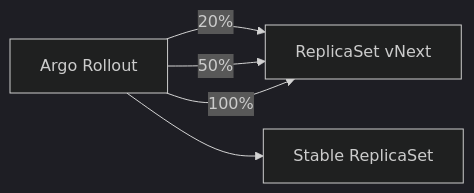
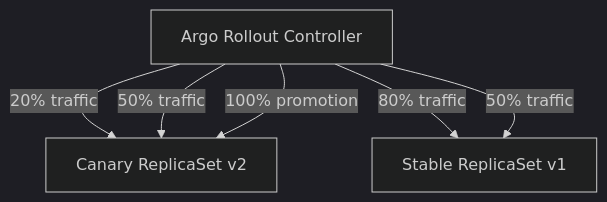
Before and after one commit to PranayChowdary48/mode-of-the-day-k8s: the fourth of 4 diagrams in README.md, drawn with Mermaid (dark theme). The commit also changed other lines of this file, not shown here.

````diff
--- a/README.md
+++ b/README.md
@@ -114,7 +167,16 @@
 ```mermaid
-flowchart LR
-  RO[Argo Rollout] -->|20%| RS1[ReplicaSet vNext]
-  RO -->|50%| RS1
-  RO -->|100%| RS1
-  RO --> RS0[Stable ReplicaSet]
+flowchart TD
+
+  RO["Argo Rollout Controller"]
+
+  RS0["Stable ReplicaSet v1"]
+  RS1["Canary ReplicaSet v2"]
+
+  RO -->|"20% traffic"| RS1
+  RO -->|"80% traffic"| RS0
+
+  RO -->|"50% traffic"| RS1
+  RO -->|"50% traffic"| RS0
+
+  RO -->|"100% promotion"| RS1
 ```
````
